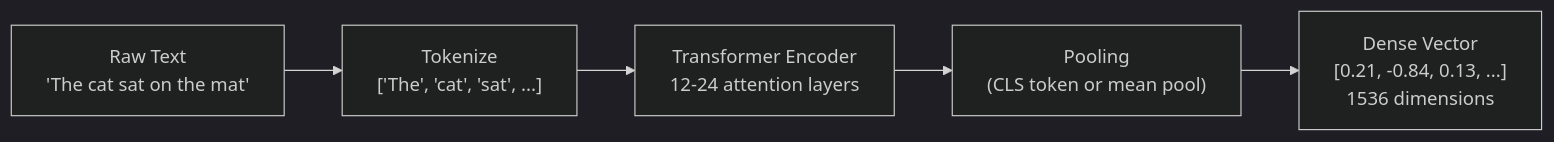
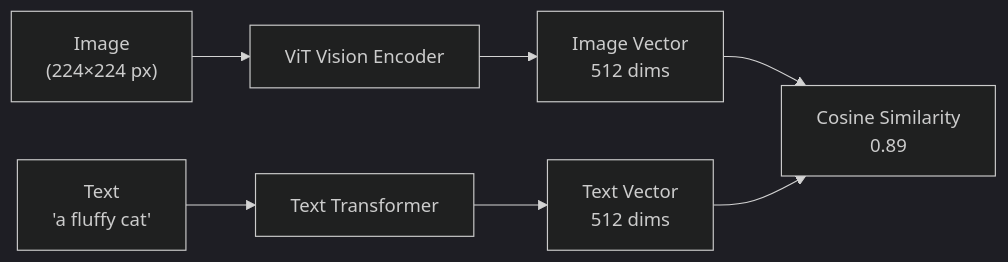
The fourth of 4 diagrams in docs-site/content/15-vector-databases/concepts/embeddings.md (gauravprwl14/system-design-course), drawn with Mermaid (dark theme) before and after one commit. The commit also changed other lines of this file and 19 other files, not shown here.

````diff
--- a/docs-site/content/15-vector-databases/concepts/embeddings.md
+++ b/docs-site/content/15-vector-databases/concepts/embeddings.md
@@ -58,10 +381,7 @@
 ```mermaid
 flowchart LR
-    T["Raw Text\n'The cat sat on the mat'"]
-    TK["Tokenize\n['The', 'cat', 'sat', ...]"]
-    TR["Transformer Encoder\n12-24 attention layers"]
-    P["Pooling\n(CLS token or mean pool)"]
-    V["Dense Vector\n[0.21, -0.84, 0.13, ...]\n1536 dimensions"]
-
-    T --> TK --> TR --> P --> V
+    Img["Image\n(224×224 px)"] --> VEnc["ViT Vision Encoder"] --> ImgVec["Image Vector\n512 dims"]
+    Txt["Text\n'a fluffy cat'"] --> TEnc["Text Transformer"] --> TxtVec["Text Vector\n512 dims"]
+    ImgVec --> CS["Cosine Similarity\n0.89"]
+    TxtVec --> CS
 ```
````
